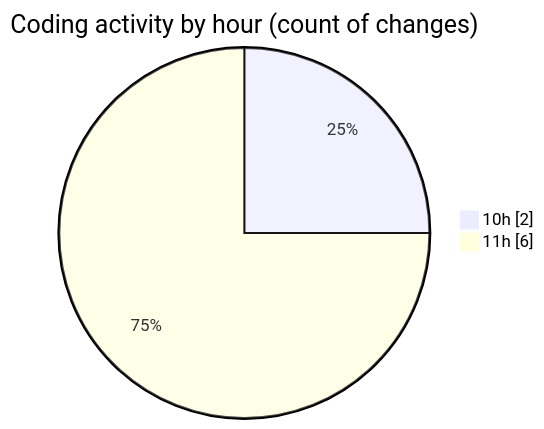
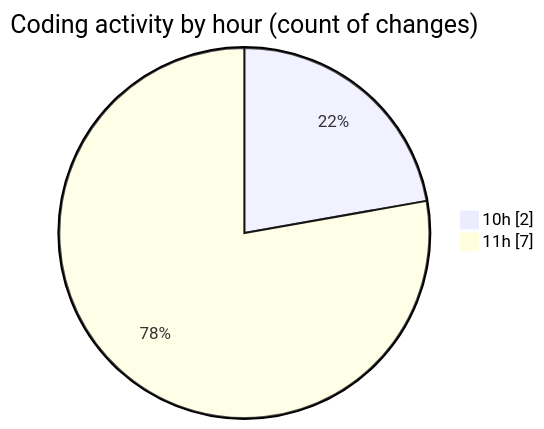
One commit to idhammustaqopulfikri/code-tracking changed the second of 2 diagrams in 2025-06-02/studio-backend/README.md. Above: the diagram before and after it, drawn with Mermaid. The commit also changed other lines of this file and 1 other file, not shown here.

````diff
--- a/2025-06-02/studio-backend/README.md
+++ b/2025-06-02/studio-backend/README.md
@@ -30,6 +32,6 @@
 ```mermaid
 pie showData
 title Coding activity by hour (count of changes)
 "10h" : 2
-"11h" : 6
+"11h" : 7
 ```
````
